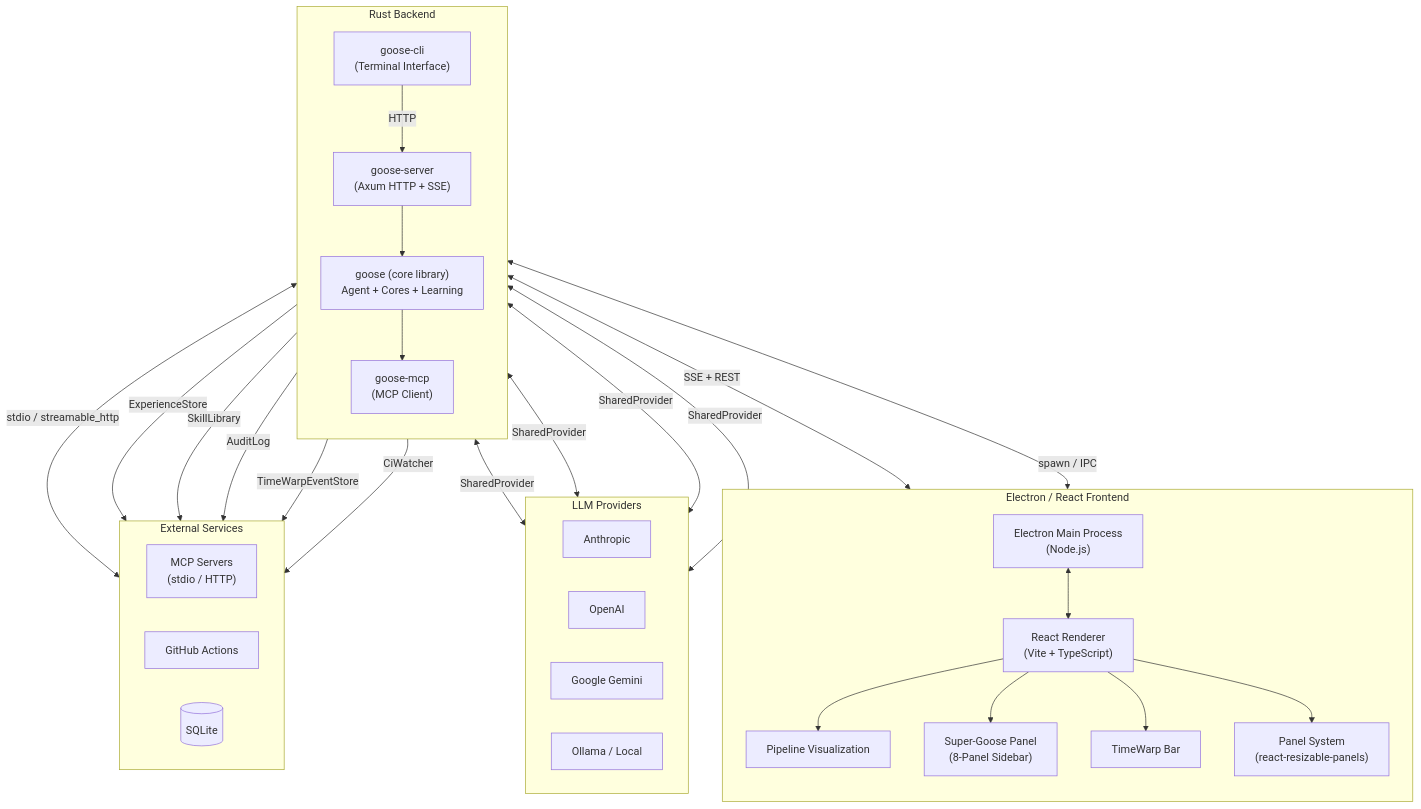
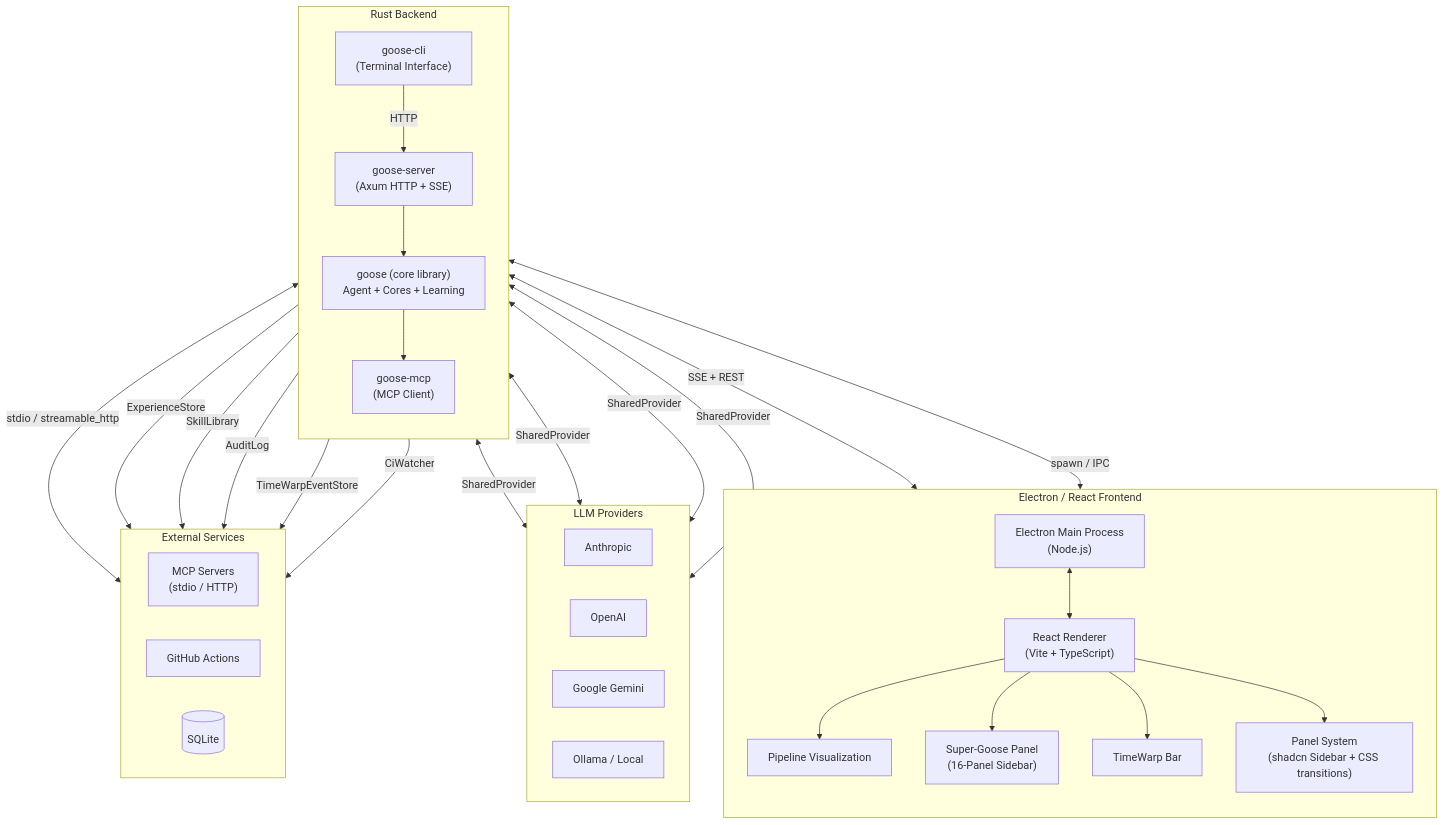
The first of 10 diagrams in docs/ARCHITECTURE.md (Ghenghis/Super-Goose), drawn with Mermaid before and after one commit. The commit also changed other lines of this file and 4 other files, not shown here.

First line of the commit message:
docs: add 4 missing docs + fix ARCHITECTURE.md stale refs

````diff
--- a/docs/ARCHITECTURE.md
+++ b/docs/ARCHITECTURE.md
@@ -30,59 +30,59 @@
 ```mermaid
 graph TB
     subgraph "Electron / React Frontend"
         direction TB
         EP["Electron Main Process<br/>(Node.js)"]
         RP["React Renderer<br/>(Vite + TypeScript)"]
         PV["Pipeline Visualization"]
-        SG["Super-Goose Panel<br/>(8-Panel Sidebar)"]
+        SG["Super-Goose Panel<br/>(16-Panel Sidebar)"]
         TW["TimeWarp Bar"]
-        PS["Panel System<br/>(react-resizable-panels)"]
+        PS["Panel System<br/>(shadcn Sidebar + CSS transitions)"]
     end
 
     subgraph "Rust Backend"
         direction TB
         GS["goose-server<br/>(Axum HTTP + SSE)"]
         GA["goose (core library)<br/>Agent + Cores + Learning"]
         GM["goose-mcp<br/>(MCP Client)"]
         CLI["goose-cli<br/>(Terminal Interface)"]
     end
 
     subgraph "LLM Providers"
         direction LR
         AN[Anthropic]
         OA[OpenAI]
         GG[Google Gemini]
         OL[Ollama / Local]
     end
 
     subgraph "External Services"
         direction LR
         MCP["MCP Servers<br/>(stdio / HTTP)"]
         GH["GitHub Actions"]
         DB[(SQLite)]
     end
 
     EP <-->|"spawn / IPC"| GS
     EP <--> RP
     RP --> PV
     RP --> SG
     RP --> TW
     RP --> PS
 
     GS <-->|"SSE + REST"| RP
     GS --> GA
     GA --> GM
     GA <-->|"SharedProvider"| AN
     GA <-->|"SharedProvider"| OA
     GA <-->|"SharedProvider"| GG
     GA <-->|"SharedProvider"| OL
 
     GM <-->|"stdio / streamable_http"| MCP
     GA -->|"ExperienceStore"| DB
     GA -->|"SkillLibrary"| DB
     GA -->|"AuditLog"| DB
     GA -->|"TimeWarpEventStore"| DB
     GA -->|"CiWatcher"| GH
 
     CLI -->|"HTTP"| GS
 ```
````
